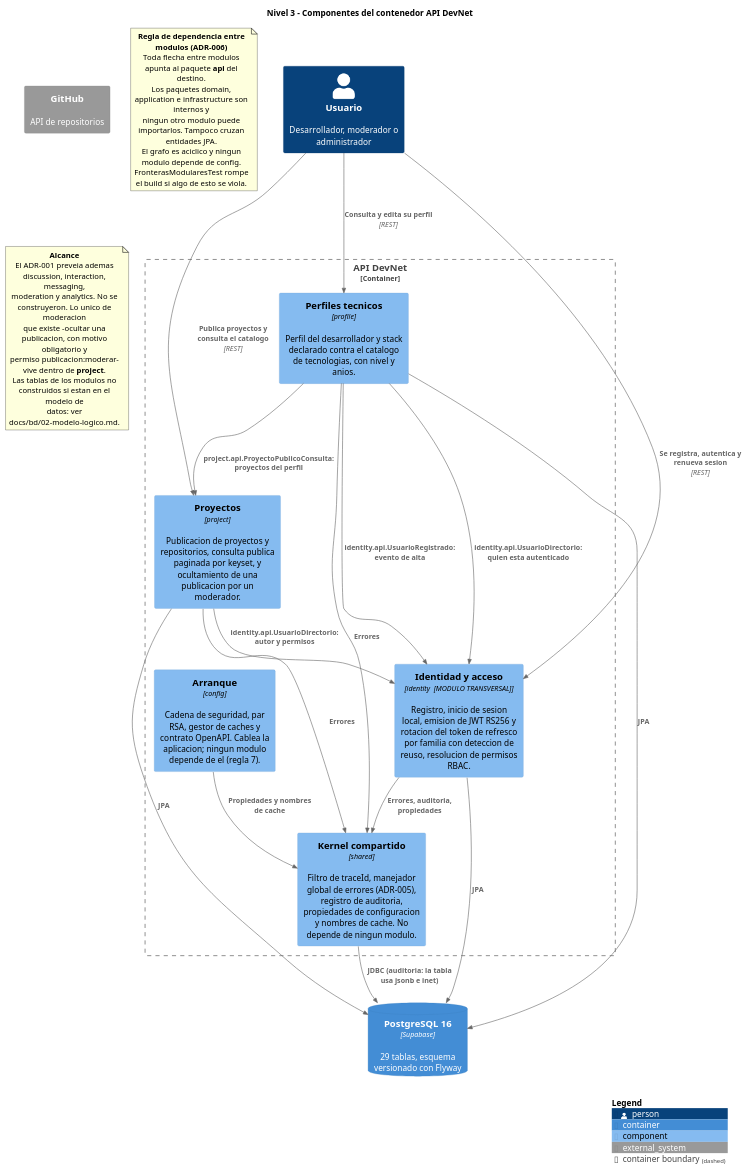
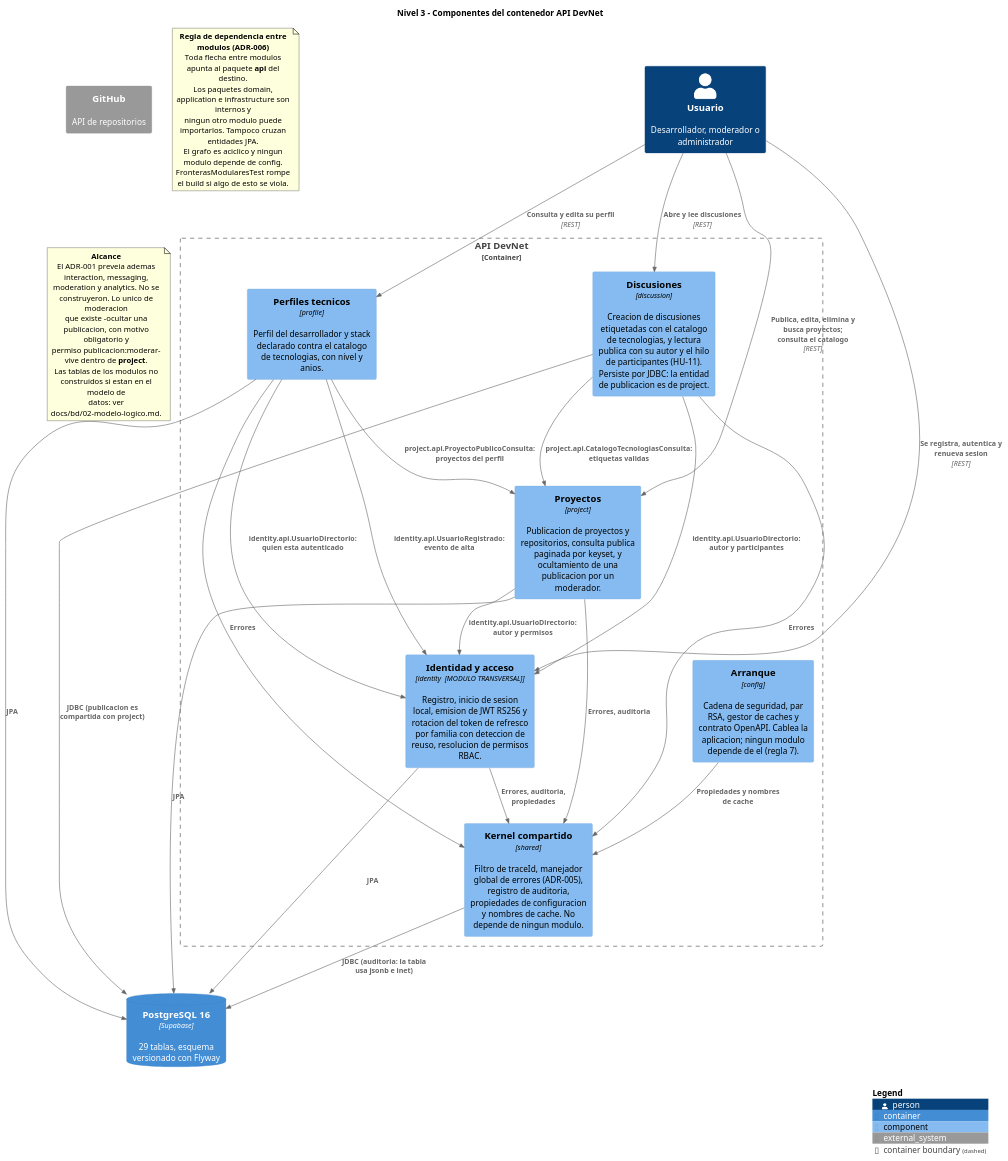
Before and after one commit to EAP02/EAP02-Back: the diagram in docs/arquitectura/c4-03-componentes-api.puml, drawn with PlantUML. The commit also changed 20 other files, not shown here.

```diff
--- a/docs/arquitectura/c4-03-componentes-api.puml
+++ b/docs/arquitectura/c4-03-componentes-api.puml
@@ -1,74 +1,81 @@
 @startuml c4-03-componentes-api
 ' DevNet - Red Social para Desarrolladores
 ' C4 Nivel 3: Componentes dentro del contenedor "API DevNet"
 '
 ' Este diagrama refleja el codigo, no el alcance previsto. Cada caja existe como
 ' paquete bajo com.codefactory.devnet y cada flecha es un import verificable.
 ' El §4.1 exige que los diagramas coincidan con el codigo desplegado.
 '
 ' Sin conexion a internet, reemplazar el include por: !include <C4/C4_Component>
 !include https://raw.githubusercontent.com/plantuml-stdlib/C4-PlantUML/master/C4_Component.puml
 
 title Nivel 3 - Componentes del contenedor API DevNet
 
 Person(usuario, "Usuario", "Desarrollador, moderador o administrador")
 
 Container_Boundary(api, "API DevNet") {
 
     Component(identity, "Identidad y acceso", "identity  [MODULO TRANSVERSAL]", "Registro, inicio de sesion local, emision de JWT RS256 y rotacion del token de refresco por familia con deteccion de reuso, resolucion de permisos RBAC.")
 
     Component(profile, "Perfiles tecnicos", "profile", "Perfil del desarrollador y stack declarado contra el catalogo de tecnologias, con nivel y anios.")
 
     Component(project, "Proyectos", "project", "Publicacion de proyectos y repositorios, consulta publica paginada por keyset, y ocultamiento de una publicacion por un moderador.")
 
+    Component(discussion, "Discusiones", "discussion", "Creacion de discusiones etiquetadas con el catalogo de tecnologias, y lectura publica con su autor y el hilo de participantes (HU-11). Persiste por JDBC: la entidad de publicacion es de project.")
+
     Component(shared, "Kernel compartido", "shared", "Filtro de traceId, manejador global de errores (ADR-005), registro de auditoria, propiedades de configuracion y nombres de cache. No depende de ningun modulo.")
 
     Component(config, "Arranque", "config", "Cadena de seguridad, par RSA, gestor de caches y contrato OpenAPI. Cablea la aplicacion; ningun modulo depende de el (regla 7).")
 }
 
 ContainerDb(bd, "PostgreSQL 16", "Supabase", "29 tablas, esquema versionado con Flyway")
 System_Ext(github, "GitHub", "API de repositorios")
 
 Rel(usuario, identity, "Se registra, autentica y renueva sesion", "REST")
 Rel(usuario, profile, "Consulta y edita su perfil", "REST")
-Rel(usuario, project, "Publica proyectos y consulta el catalogo", "REST")
+Rel(usuario, project, "Publica, edita, elimina y busca proyectos; consulta el catalogo", "REST")
+Rel(usuario, discussion, "Abre y lee discusiones", "REST")
 
 ' --- Dependencias entre modulos. Siempre hacia el paquete api del destino (ADR-006).
 Rel_D(profile, identity, "identity.api.UsuarioDirectorio: quien esta autenticado")
 Rel_D(profile, identity, "identity.api.UsuarioRegistrado: evento de alta")
 Rel_D(profile, project, "project.api.ProyectoPublicoConsulta: proyectos del perfil")
 Rel_D(project, identity, "identity.api.UsuarioDirectorio: autor y permisos")
+Rel_D(discussion, identity, "identity.api.UsuarioDirectorio: autor y participantes")
+Rel_D(discussion, project, "project.api.CatalogoTecnologiasConsulta: etiquetas validas")
 
 ' --- Todos los modulos consumen el kernel.
 Rel_D(identity, shared, "Errores, auditoria, propiedades")
 Rel_D(profile, shared, "Errores")
-Rel_D(project, shared, "Errores")
+Rel_D(project, shared, "Errores, auditoria")
+Rel_D(discussion, shared, "Errores")
 Rel_D(config, shared, "Propiedades y nombres de cache")
 
 Rel(identity, bd, "JPA")
 Rel(profile, bd, "JPA")
 Rel(project, bd, "JPA")
+Rel(discussion, bd, "JDBC (publicacion es compartida con project)")
 Rel(shared, bd, "JDBC (auditoria: la tabla usa jsonb e inet)")
 
 SHOW_LEGEND()
 
 note as N1
   <b>Regla de dependencia entre modulos (ADR-006)</b>
   Toda flecha entre modulos apunta al paquete <b>api</b> del destino.
   Los paquetes domain, application e infrastructure son internos y
   ningun otro modulo puede importarlos. Tampoco cruzan entidades JPA.
   El grafo es aciclico y ningun modulo depende de config.
   FronterasModularesTest rompe el build si algo de esto se viola.
 end note
 
 note as N2
   <b>Alcance</b>
-  El ADR-001 preveia ademas discussion, interaction, messaging,
+  El ADR-001 preveia ademas interaction, messaging,
   moderation y analytics. No se construyeron. Lo unico de moderacion
   que existe -ocultar una publicacion, con motivo obligatorio y
   permiso publicacion:moderar- vive dentro de <b>project</b>.
   Las tablas de los modulos no construidos si estan en el modelo de
   datos: ver docs/bd/02-modelo-logico.md.
 end note
 
 @enduml
```
